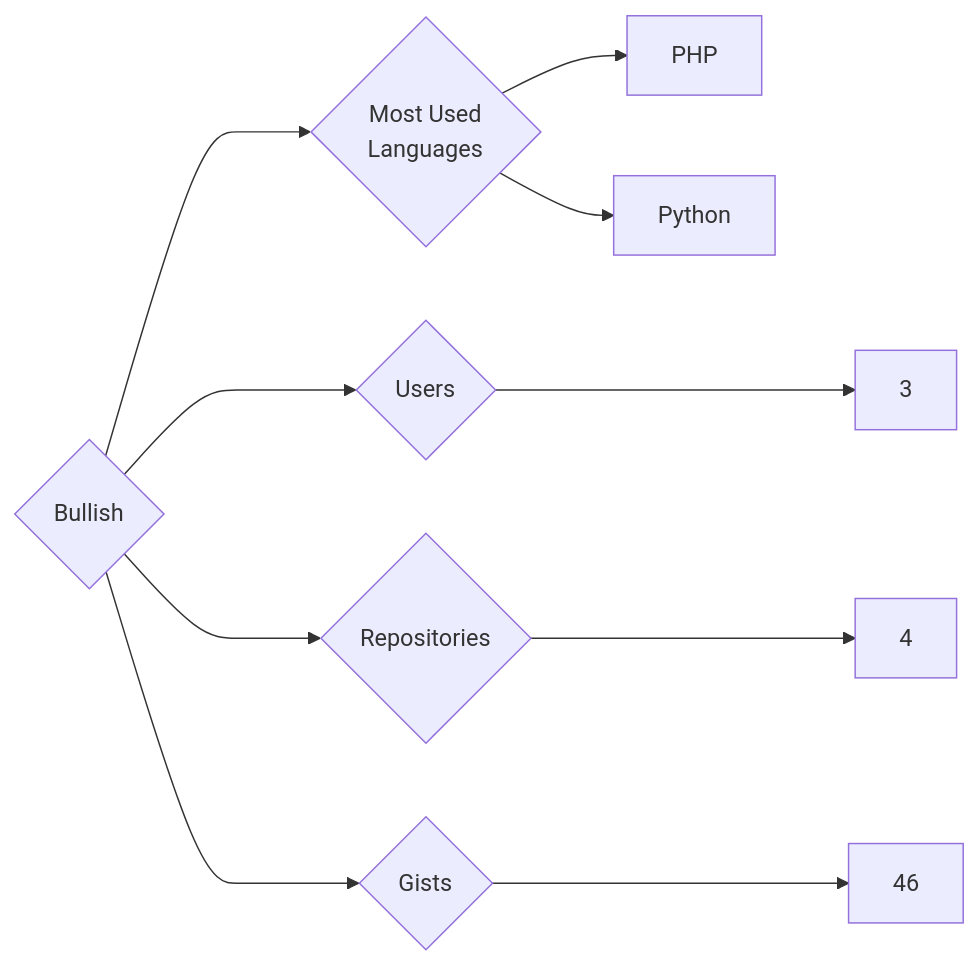
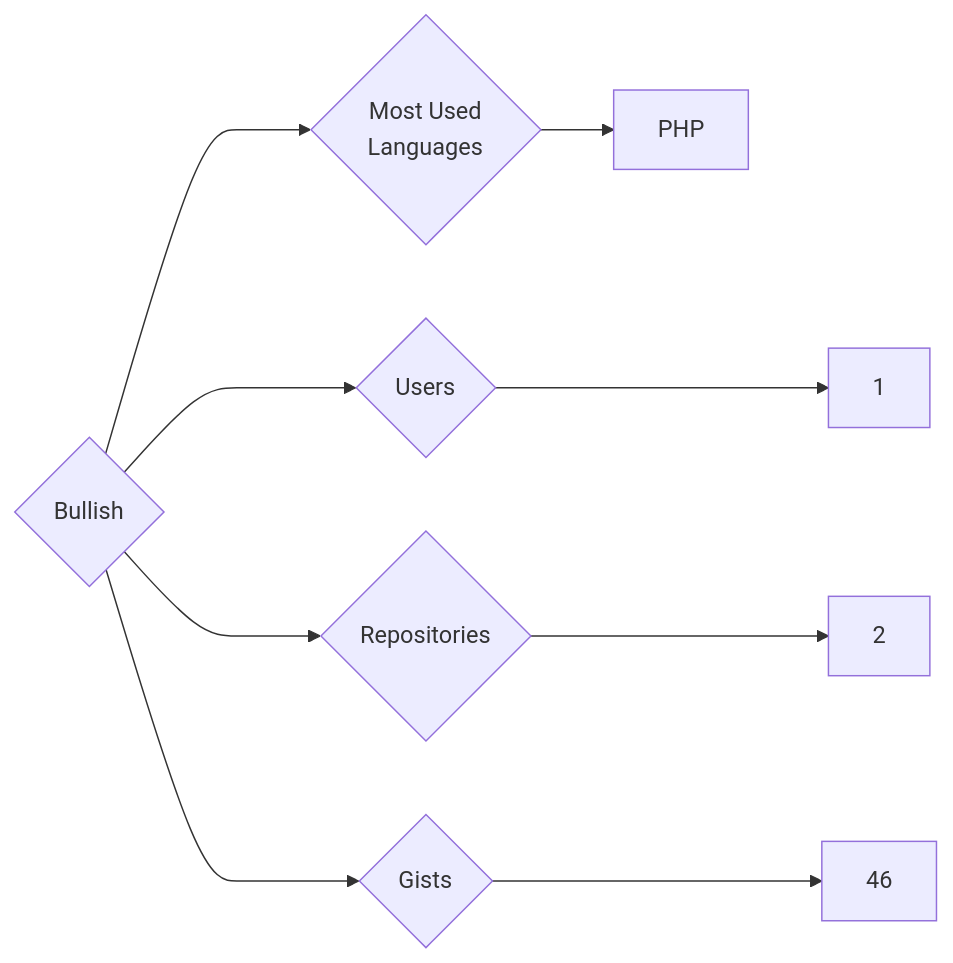
The diagram in targets/Bullish/README.md (trickest/insiders), drawn with Mermaid before and after one commit. The commit also changed 934 other files, not shown here.

````diff
--- a/targets/Bullish/README.md
+++ b/targets/Bullish/README.md
@@ -3,10 +3,9 @@
 ```mermaid
 graph LR
 COMPANY_NAME{Bullish}
-COMPANY_NAME ---> U{Users} ---> UN[3]
-COMPANY_NAME ---> R{Repositories} ---> RN[4]
+COMPANY_NAME ---> U{Users} ---> UN[1]
+COMPANY_NAME ---> R{Repositories} ---> RN[2]
 COMPANY_NAME ---> G{Gists} ---> GN[46]
 COMPANY_NAME ---> ML{Most Used<br>Languages}
 ML --> PHP[PHP]
-ML --> Python[Python]
 ```
````
